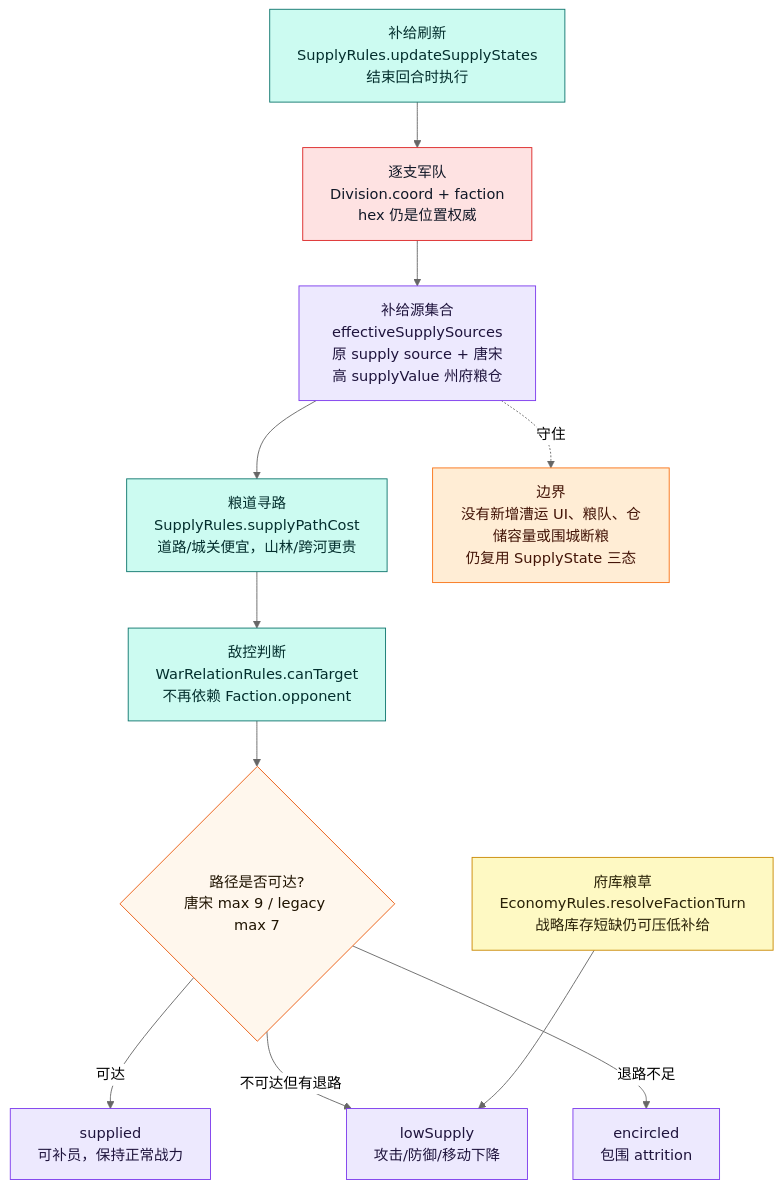
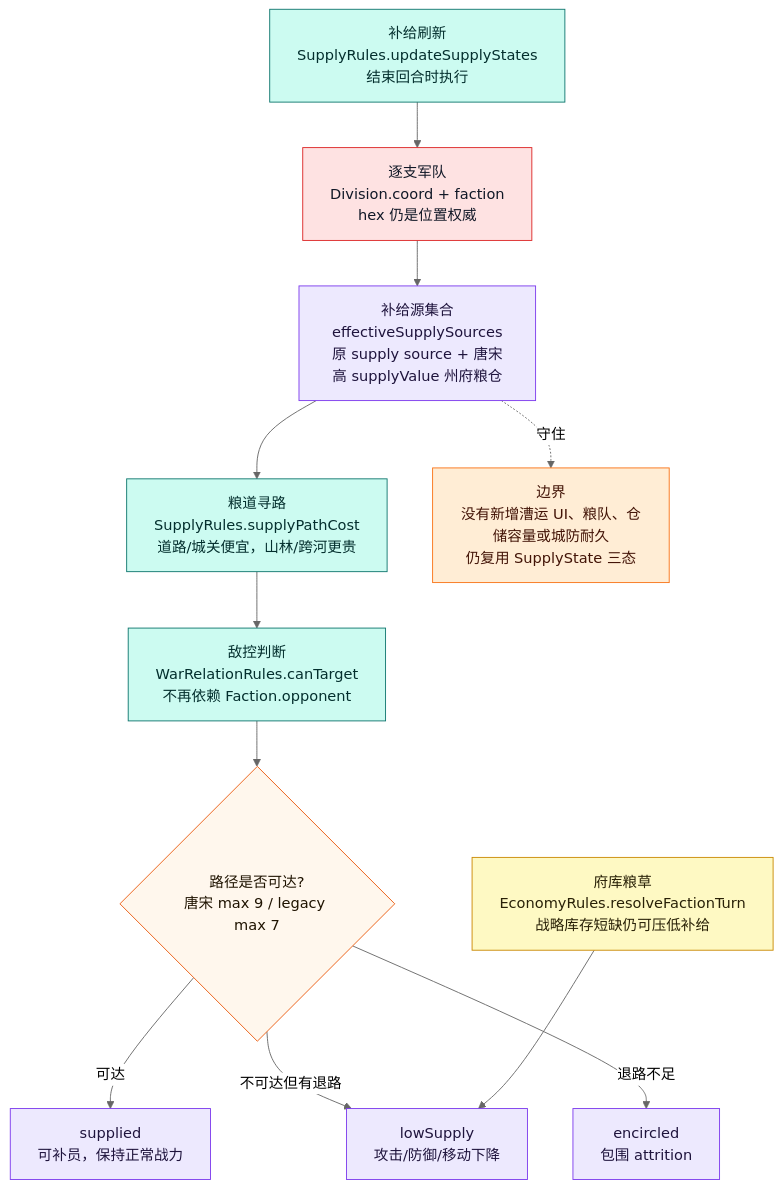
Before and after one commit to Altman-sam114/125: the fifth of 12 diagrams in md/flow/flowchart.md, drawn with Mermaid (neutral theme). The commit also changed other lines of this file and 18 other files, not shown here.

````diff
--- a/md/flow/flowchart.md
+++ b/md/flow/flowchart.md
@@ -256,29 +256,29 @@
 ```mermaid
 flowchart TD
     START["补给刷新<br/>SupplyRules.updateSupplyStates<br/>结束回合时执行"]:::rules
     DIV["逐支军队<br/>Division.coord + faction<br/>hex 仍是位置权威"]:::authority
     SOURCE["补给源集合<br/>effectiveSupplySources<br/>原 supply source + 唐宋高 supplyValue 州府粮仓"]:::state
     PATH["粮道寻路<br/>SupplyRules.supplyPathCost<br/>道路/城关便宜，山林/跨河更贵"]:::rules
     REL["敌控判断<br/>WarRelationRules.canTarget<br/>不再依赖 Faction.opponent"]:::rules
     STATE{"路径是否可达?<br/>唐宋 max 9 / legacy max 7"}:::decision
     OK["supplied<br/>可补员，保持正常战力"]:::state
     LOW["lowSupply<br/>攻击/防御/移动下降"]:::state
     ENC["encircled<br/>包围 attrition"]:::state
     ECON["府库粮草<br/>EconomyRules.resolveFactionTurn<br/>战略库存短缺仍可压低补给"]:::economy
 
     START --> DIV --> SOURCE --> PATH --> REL --> STATE
     STATE -->|可达| OK
     STATE -->|不可达但有退路| LOW
     STATE -->|退路不足| ENC
     ECON --> LOW
 
-    WARN["边界<br/>没有新增漕运 UI、粮队、仓储容量或围城断粮<br/>仍复用 SupplyState 三态"]:::warn
+    WARN["边界<br/>没有新增漕运 UI、粮队、仓储容量或城防耐久<br/>仍复用 SupplyState 三态"]:::warn
     SOURCE -.守住.-> WARN
 
     classDef rules fill:#ccfbf1,stroke:#0f766e,color:#042f2e
     classDef authority fill:#fee2e2,stroke:#dc2626,color:#111827
     classDef state fill:#ede9fe,stroke:#7c3aed,color:#1f143d
     classDef decision fill:#fff7ed,stroke:#ea580c,color:#1f1300
     classDef economy fill:#fef9c3,stroke:#ca8a04,color:#292107
     classDef warn fill:#ffedd5,stroke:#f97316,color:#431407
 ```
````
